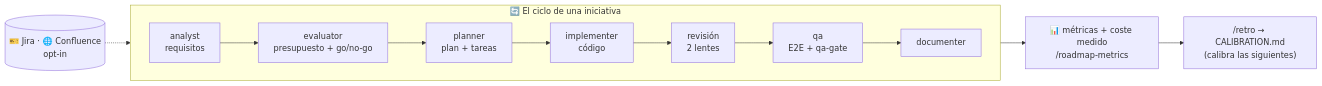
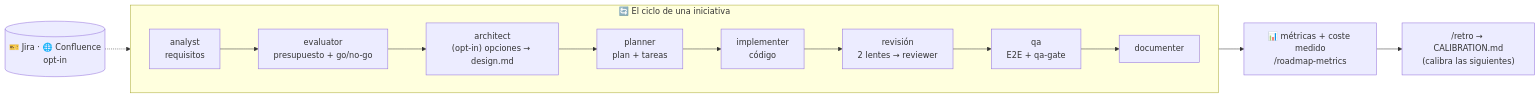
The diagram in docs/README.md (daycry/custom-agents), drawn with Mermaid before and after one commit. The commit also changed other lines of this file and 215 other files, not shown here.

````diff
--- a/docs/README.md
+++ b/docs/README.md
@@ -7,10 +7,10 @@
 ```mermaid
 flowchart LR
     subgraph ciclo["🔄 El ciclo de una iniciativa"]
         direction LR
-        A["analyst<br/>requisitos"] --> E["evaluator<br/>presupuesto + go/no-go"] --> P["planner<br/>plan + tareas"] --> I["implementer<br/>código"] --> R["revisión<br/>2 lentes"] --> Q["qa<br/>E2E + qa-gate"] --> D["documenter"]
+        A["analyst<br/>requisitos"] --> E["evaluator<br/>presupuesto + go/no-go"] --> AR["architect<br/>(opt-in) opciones → design.md"] --> P["planner<br/>plan + tareas"] --> I["implementer<br/>código"] --> R["revisión<br/>2 lentes → reviewer"] --> Q["qa<br/>E2E + qa-gate"] --> D["documenter"]
     end
     ciclo --> M["📊 métricas + coste medido<br/>/roadmap-metrics"]
     M --> RT["/retro → CALIBRATION.md<br/>(calibra las siguientes)"]
     J[("🎫 Jira · 🌐 Confluence<br/>opt-in")] -.-> ciclo
 ```
````
